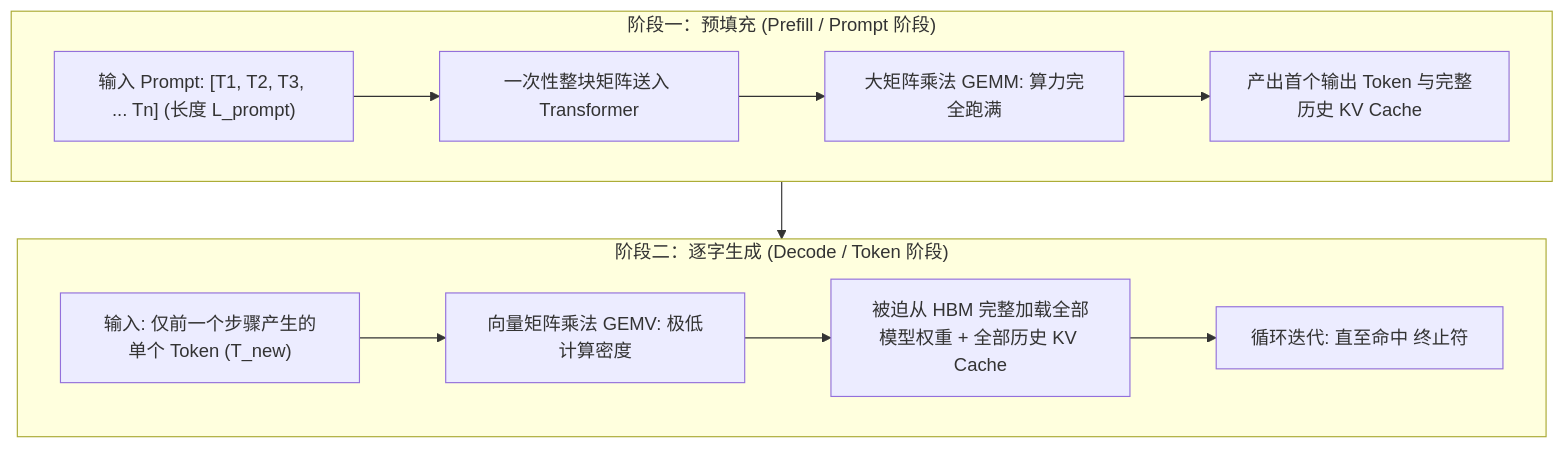
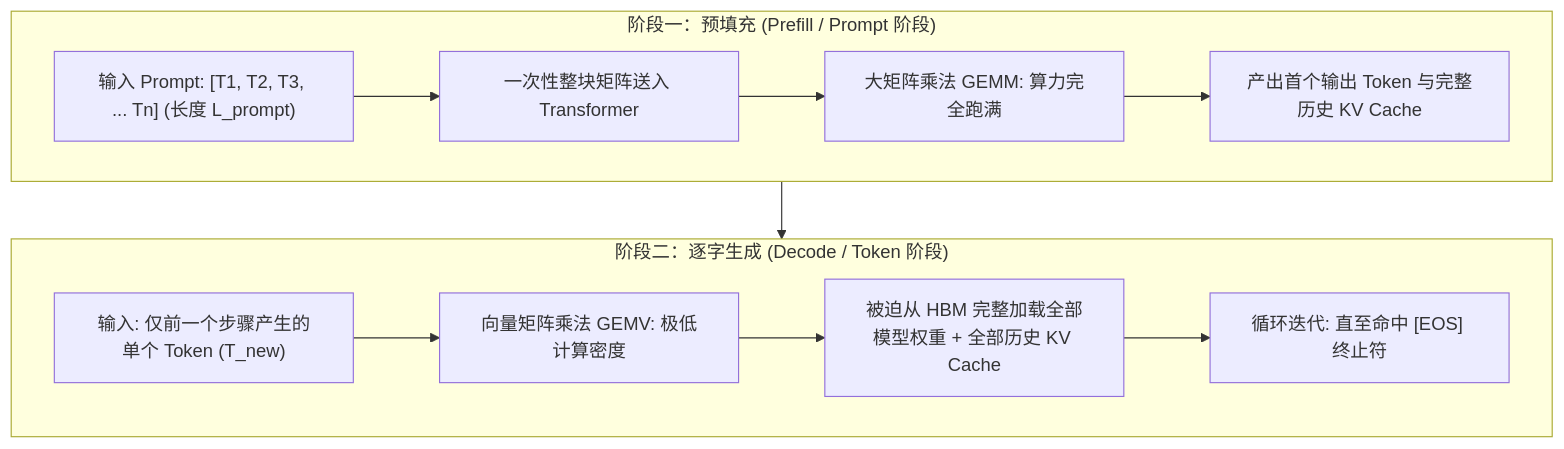
The first of 4 diagrams in content/zh/articles/inference-roofline-prefill-decode.md (ifnodoraemon/ifnodoraemon.github.io), drawn with Mermaid before and after one commit. The commit also changed 6 other files, not shown here.

Commit message:
fix(mermaid): replace unescaped <EOS> tags with [EOS] to fix browser DOM parse error and add lint rule

````diff
--- a/content/zh/articles/inference-roofline-prefill-decode.md
+++ b/content/zh/articles/inference-roofline-prefill-decode.md
@@ -67,16 +67,16 @@
 ```mermaid
 flowchart TD
     subgraph Prefill["阶段一：预填充 (Prefill / Prompt 阶段)"]
         P1["输入 Prompt: [T1, T2, T3, ... Tn] (长度 L_prompt)"] --> P2["一次性整块矩阵送入 Transformer"]
         P2 --> P3["大矩阵乘法 GEMM: 算力完全跑满"]
         P3 --> P4["产出首个输出 Token 与完整历史 KV Cache"]
     end
 
     subgraph Decode["阶段二：逐字生成 (Decode / Token 阶段)"]
         D1["输入: 仅前一个步骤产生的单个 Token (T_new)"] --> D2["向量矩阵乘法 GEMV: 极低计算密度"]
         D2 --> D3["被迫从 HBM 完整加载全部模型权重 + 全部历史 KV Cache"]
-        D3 --> D4["循环迭代: 直至命中 <EOS> 终止符"]
+        D3 --> D4["循环迭代: 直至命中 [EOS] 终止符"]
     end
 
     Prefill --> Decode
 ```
````
